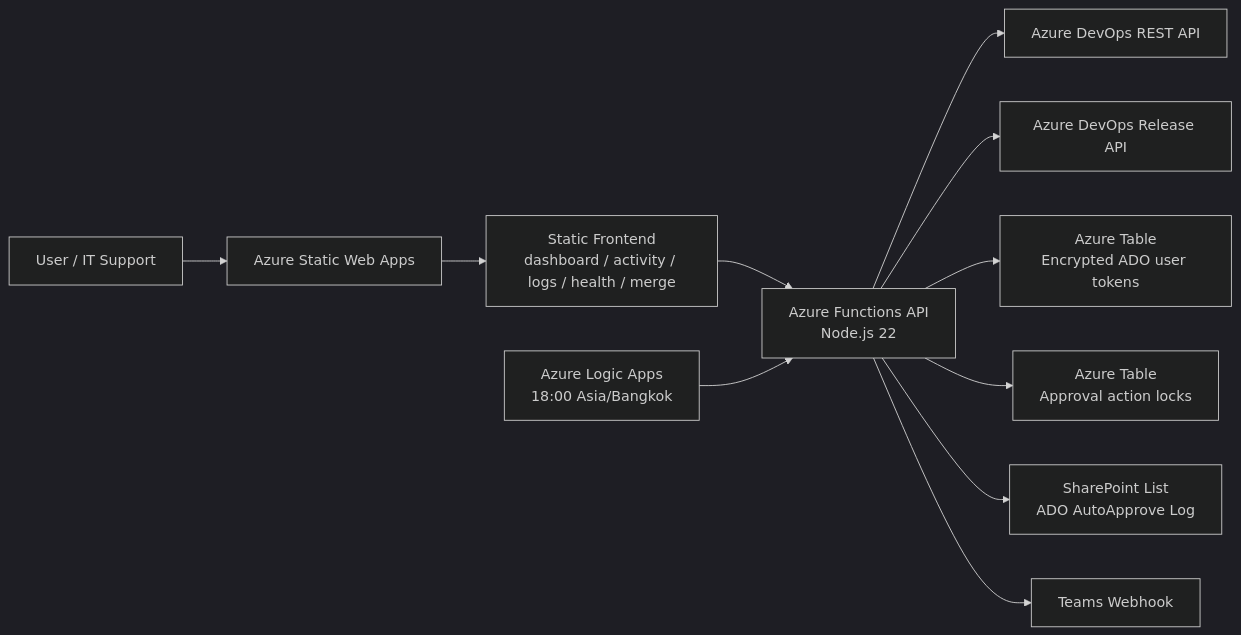
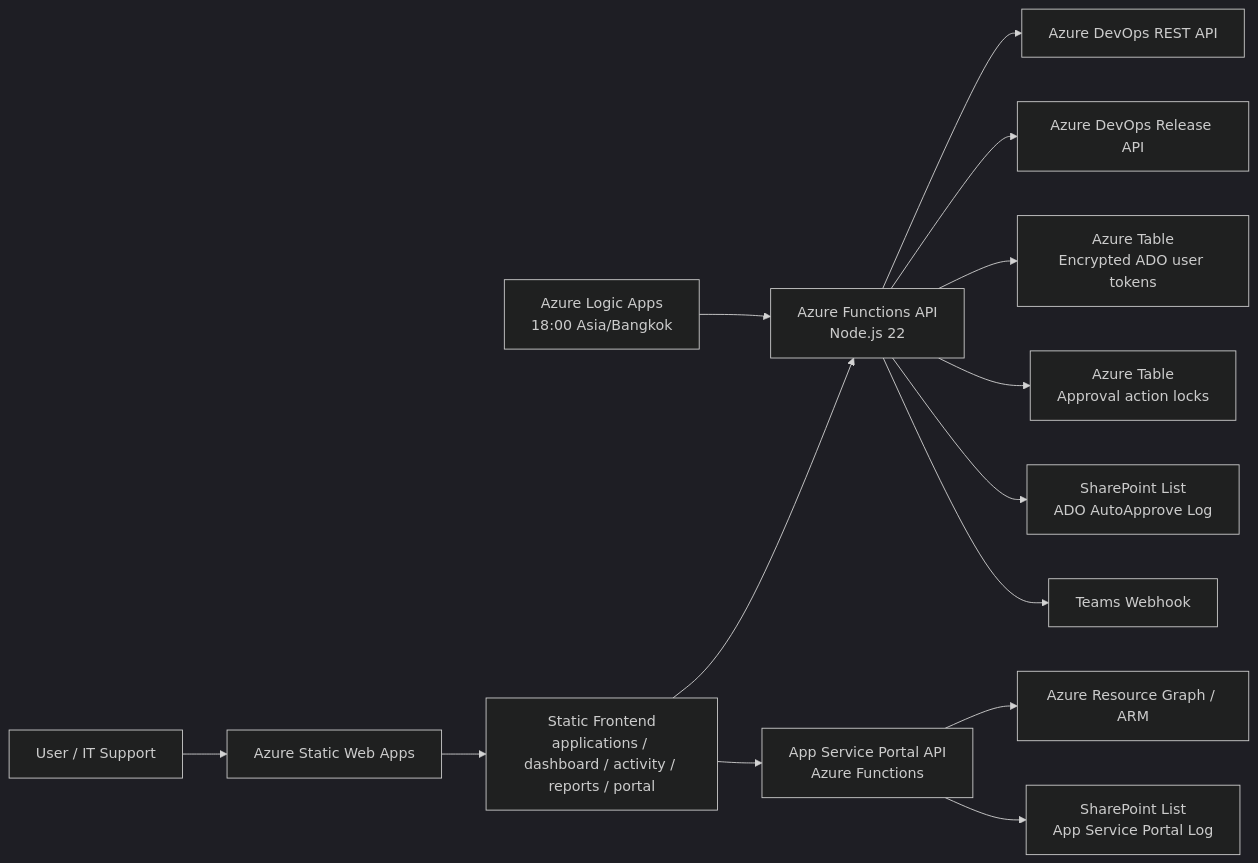
The diagram in README.md (birdzee4-cmd/ado-auto-approve), drawn with Mermaid (dark theme) before and after one commit. The commit also changed other lines of this file, not shown here.

````diff
--- a/README.md
+++ b/README.md
@@ -48,13 +57,16 @@
 ```mermaid
 flowchart LR
   User["User / IT Support"] --> SWA["Azure Static Web Apps"]
-  SWA --> Frontend["Static Frontend<br/>dashboard / activity / logs / health / merge"]
+  SWA --> Frontend["Static Frontend<br/>applications / dashboard / activity / reports / portal"]
   Frontend --> API["Azure Functions API<br/>Node.js 22"]
   API --> ADO["Azure DevOps REST API"]
   API --> Release["Azure DevOps Release API"]
   API --> TokenStore["Azure Table<br/>Encrypted ADO user tokens"]
   API --> LockStore["Azure Table<br/>Approval action locks"]
   API --> SP["SharePoint List<br/>ADO AutoApprove Log"]
   API --> Teams["Teams Webhook"]
+  Frontend --> PortalAPI["App Service Portal API<br/>Azure Functions"]
+  PortalAPI --> ARM["Azure Resource Graph / ARM"]
+  PortalAPI --> PortalLog["SharePoint List<br/>App Service Portal Log"]
   Logic["Azure Logic Apps<br/>18:00 Asia/Bangkok"] --> API
 ```
````
